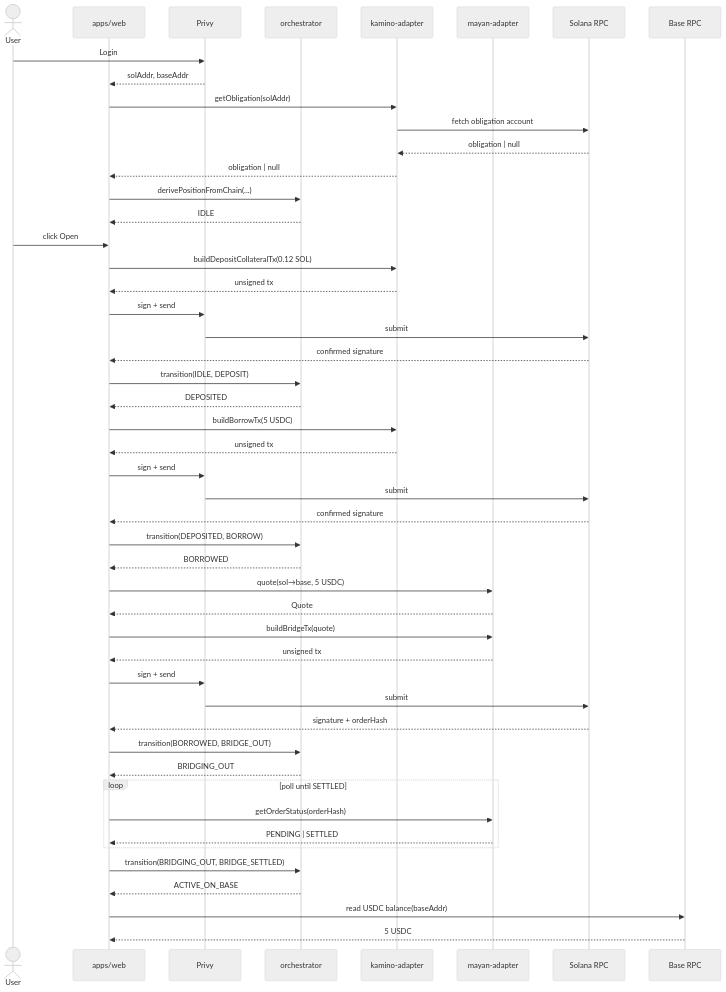
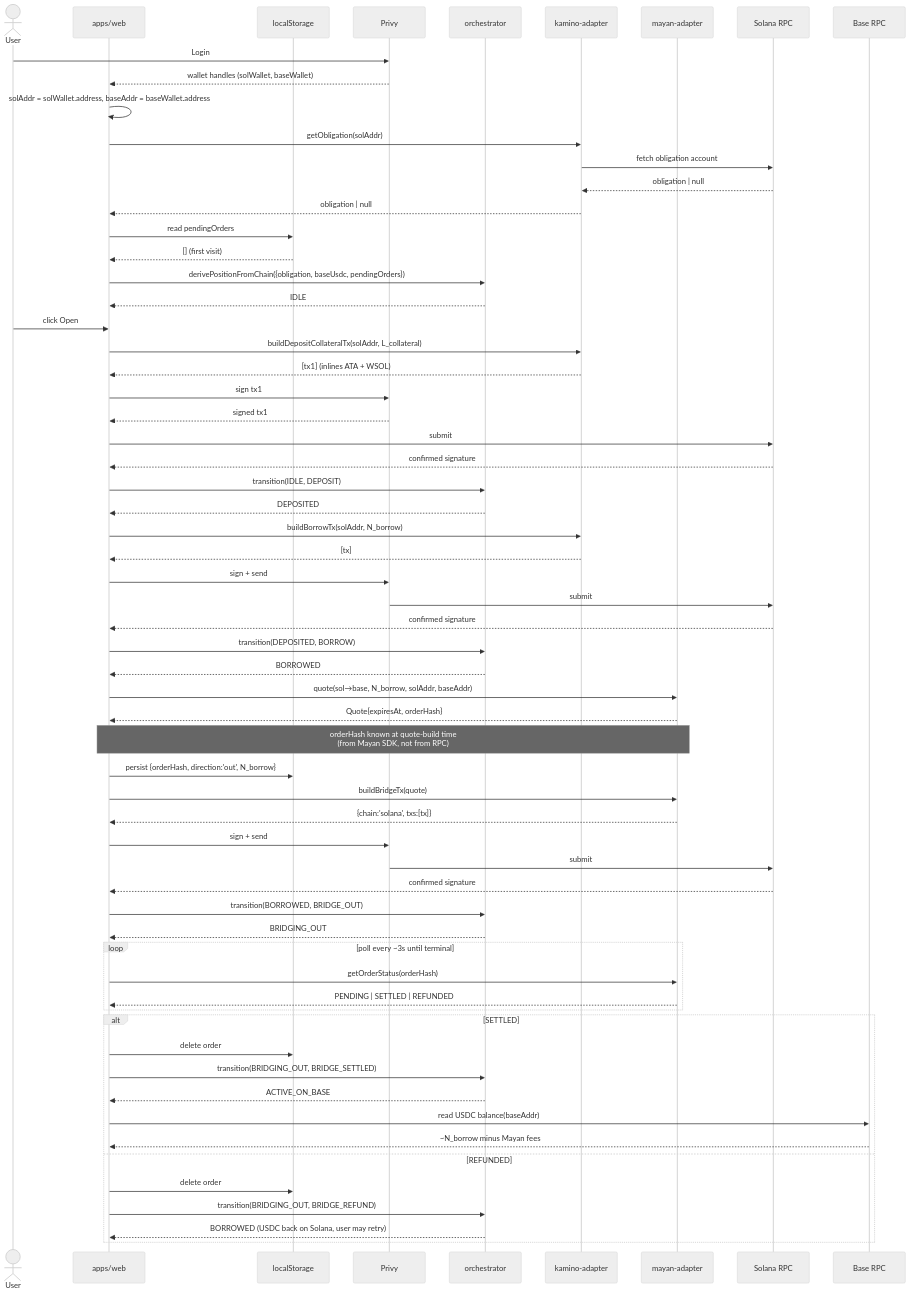
The fourth of 7 diagrams in docs/ARCHITECTURE.md (Milerius/kast-project), drawn with Mermaid (neutral theme) before and after one commit. The commit also changed other lines of this file and 1 other file, not shown here.

````diff
--- a/docs/ARCHITECTURE.md
+++ b/docs/ARCHITECTURE.md
@@ -133,58 +141,71 @@
 ```mermaid
 sequenceDiagram
     actor User
     participant UI as apps/web
+    participant LS as localStorage
     participant P as Privy
     participant O as orchestrator
     participant K as kamino-adapter
     participant M as mayan-adapter
     participant SOL as Solana RPC
     participant BASE as Base RPC
 
     User->>P: Login
-    P-->>UI: solAddr, baseAddr
+    P-->>UI: wallet handles (solWallet, baseWallet)
+    UI->>UI: solAddr = solWallet.address, baseAddr = baseWallet.address
 
     UI->>K: getObligation(solAddr)
     K->>SOL: fetch obligation account
     SOL-->>K: obligation | null
     K-->>UI: obligation | null
-    UI->>O: derivePositionFromChain(...)
+    UI->>LS: read pendingOrders
+    LS-->>UI: [] (first visit)
+    UI->>O: derivePositionFromChain({obligation, baseUsdc, pendingOrders})
     O-->>UI: IDLE
 
     User->>UI: click Open
-    UI->>K: buildDepositCollateralTx(0.12 SOL)
-    K-->>UI: unsigned tx
-    UI->>P: sign + send
-    P->>SOL: submit
+    UI->>K: buildDepositCollateralTx(solAddr, L_collateral)
+    K-->>UI: [tx1] (inlines ATA + WSOL)
+    UI->>P: sign tx1
+    P-->>UI: signed tx1
+    UI->>SOL: submit
     SOL-->>UI: confirmed signature
     UI->>O: transition(IDLE, DEPOSIT)
     O-->>UI: DEPOSITED
 
-    UI->>K: buildBorrowTx(5 USDC)
-    K-->>UI: unsigned tx
+    UI->>K: buildBorrowTx(solAddr, N_borrow)
+    K-->>UI: [tx]
     UI->>P: sign + send
     P->>SOL: submit
     SOL-->>UI: confirmed signature
     UI->>O: transition(DEPOSITED, BORROW)
     O-->>UI: BORROWED
 
-    UI->>M: quote(sol→base, 5 USDC)
-    M-->>UI: Quote
+    UI->>M: quote(sol→base, N_borrow, solAddr, baseAddr)
+    M-->>UI: Quote{expiresAt, orderHash}
+    Note over UI,M: orderHash known at quote-build time<br/>(from Mayan SDK, not from RPC)
+    UI->>LS: persist {orderHash, direction:'out', N_borrow}
     UI->>M: buildBridgeTx(quote)
-    M-->>UI: unsigned tx
+    M-->>UI: {chain:'solana', txs:[tx]}
     UI->>P: sign + send
     P->>SOL: submit
-    SOL-->>UI: signature + orderHash
+    SOL-->>UI: confirmed signature
     UI->>O: transition(BORROWED, BRIDGE_OUT)
     O-->>UI: BRIDGING_OUT
 
-    loop poll until SETTLED
+    loop poll every ~3s until terminal
         UI->>M: getOrderStatus(orderHash)
-        M-->>UI: PENDING | SETTLED
+        M-->>UI: PENDING | SETTLED | REFUNDED
     end
-    UI->>O: transition(BRIDGING_OUT, BRIDGE_SETTLED)
-    O-->>UI: ACTIVE_ON_BASE
-
-    UI->>BASE: read USDC balance(baseAddr)
-    BASE-->>UI: 5 USDC
+    alt SETTLED
+        UI->>LS: delete order
+        UI->>O: transition(BRIDGING_OUT, BRIDGE_SETTLED)
+        O-->>UI: ACTIVE_ON_BASE
+        UI->>BASE: read USDC balance(baseAddr)
+        BASE-->>UI: ~N_borrow minus Mayan fees
+    else REFUNDED
+        UI->>LS: delete order
+        UI->>O: transition(BRIDGING_OUT, BRIDGE_REFUND)
+        O-->>UI: BORROWED (USDC back on Solana, user may retry)
+    end
 ```
````
